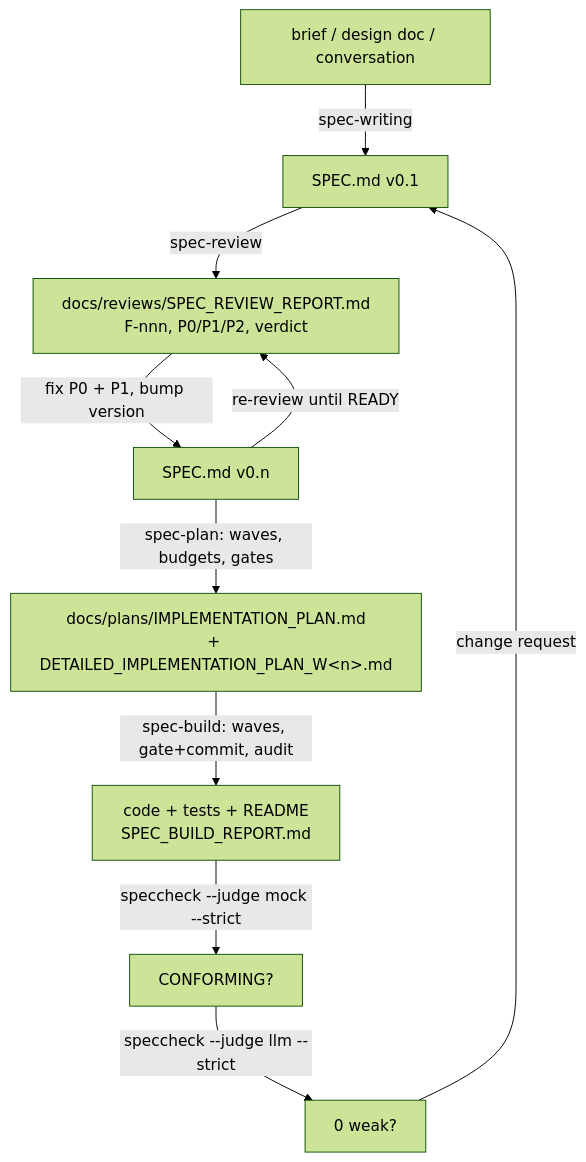
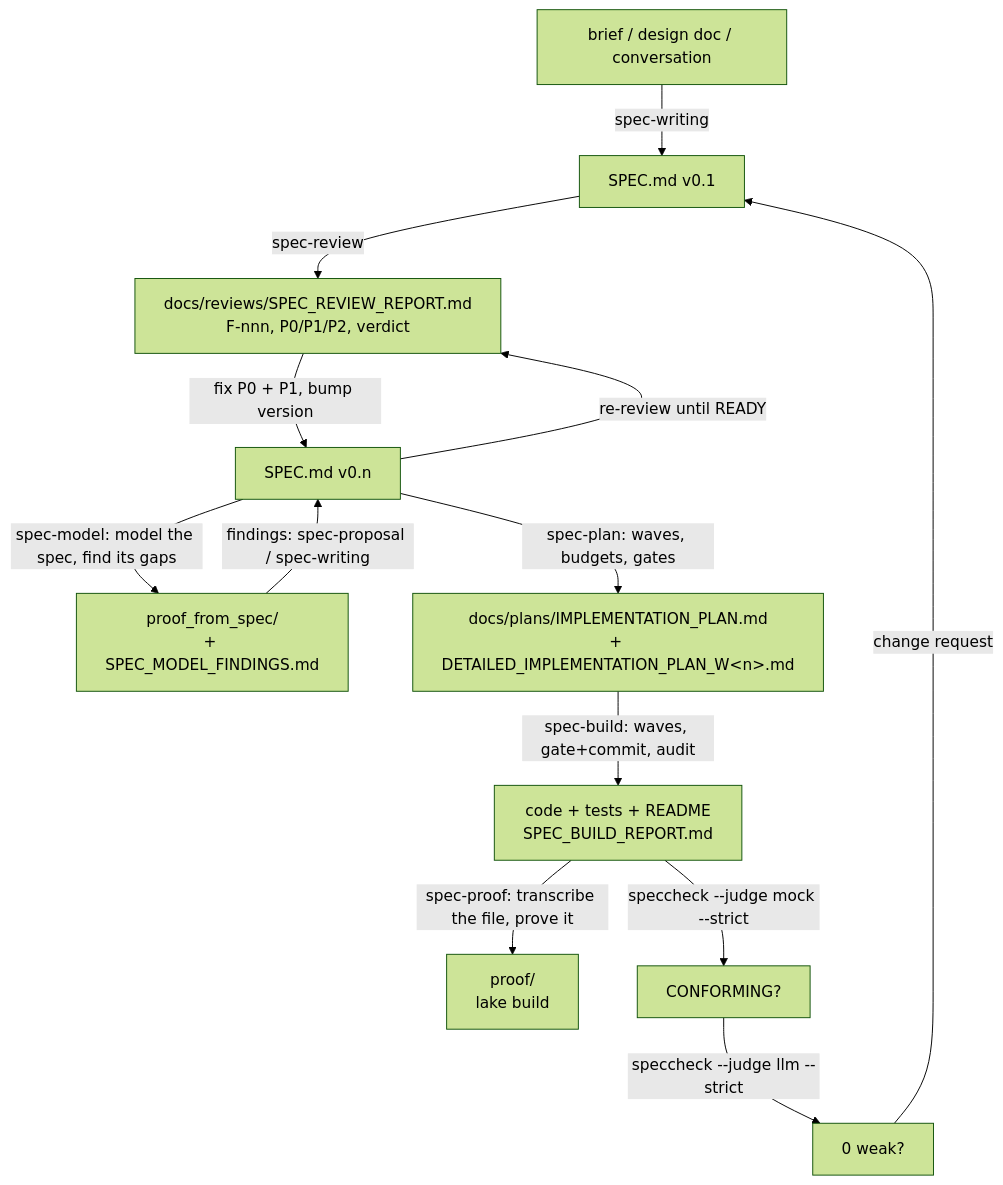
The diagram in README.md (rioffe/speccheck), drawn with Mermaid (forest theme) before and after one commit. The commit also changed other lines of this file and 3 other files, not shown here.

First line of the commit message:
feat(skills): spec-model, and a Lean-comment-to-Markdown extractor

````diff
--- a/README.md
+++ b/README.md
@@ -84,12 +86,15 @@
 ```mermaid
 flowchart TD
     B["brief / design doc / conversation"] -->|"spec-writing"| S["SPEC.md v0.1"]
     S -->|"spec-review"| R["docs/reviews/SPEC_REVIEW_REPORT.md<br/>F-nnn, P0/P1/P2, verdict"]
     R -->|"fix P0 + P1, bump version"| S2["SPEC.md v0.n"]
     S2 -->|"re-review until READY"| R
+    S2 -->|"spec-model: model the spec, find its gaps"| M["proof_from_spec/<br/>+ SPEC_MODEL_FINDINGS.md"]
+    M -->|"findings: spec-proposal / spec-writing"| S2
     S2 -->|"spec-plan: waves, budgets, gates"| P["docs/plans/IMPLEMENTATION_PLAN.md<br/>+ DETAILED_IMPLEMENTATION_PLAN_W&lt;n&gt;.md"]
     P -->|"spec-build: waves, gate+commit, audit"| C["code + tests + README<br/>SPEC_BUILD_REPORT.md"]
+    C -->|"spec-proof: transcribe the file, prove it"| PR["proof/<br/>lake build"]
     C -->|"speccheck --judge mock --strict"| G1["CONFORMING?"]
     G1 -->|"speccheck --judge llm --strict"| G2["0 weak?"]
     G2 -->|"change request"| S
 ```
````
